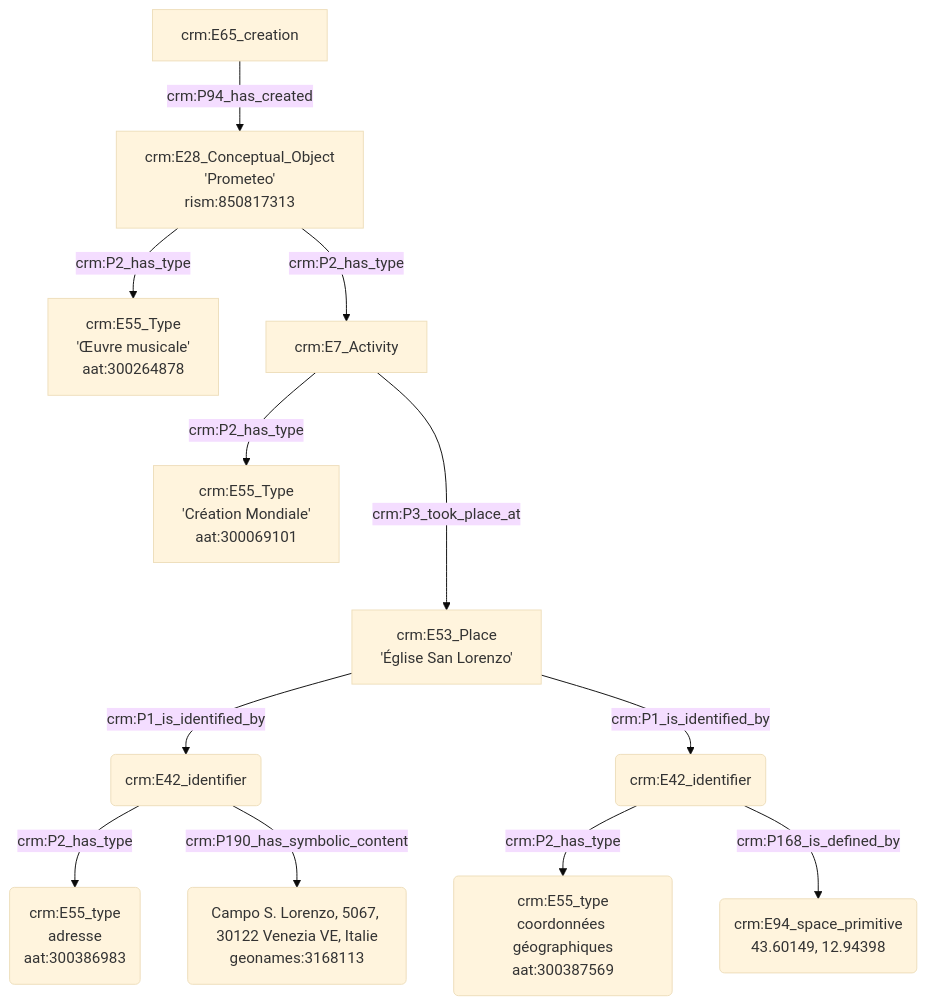
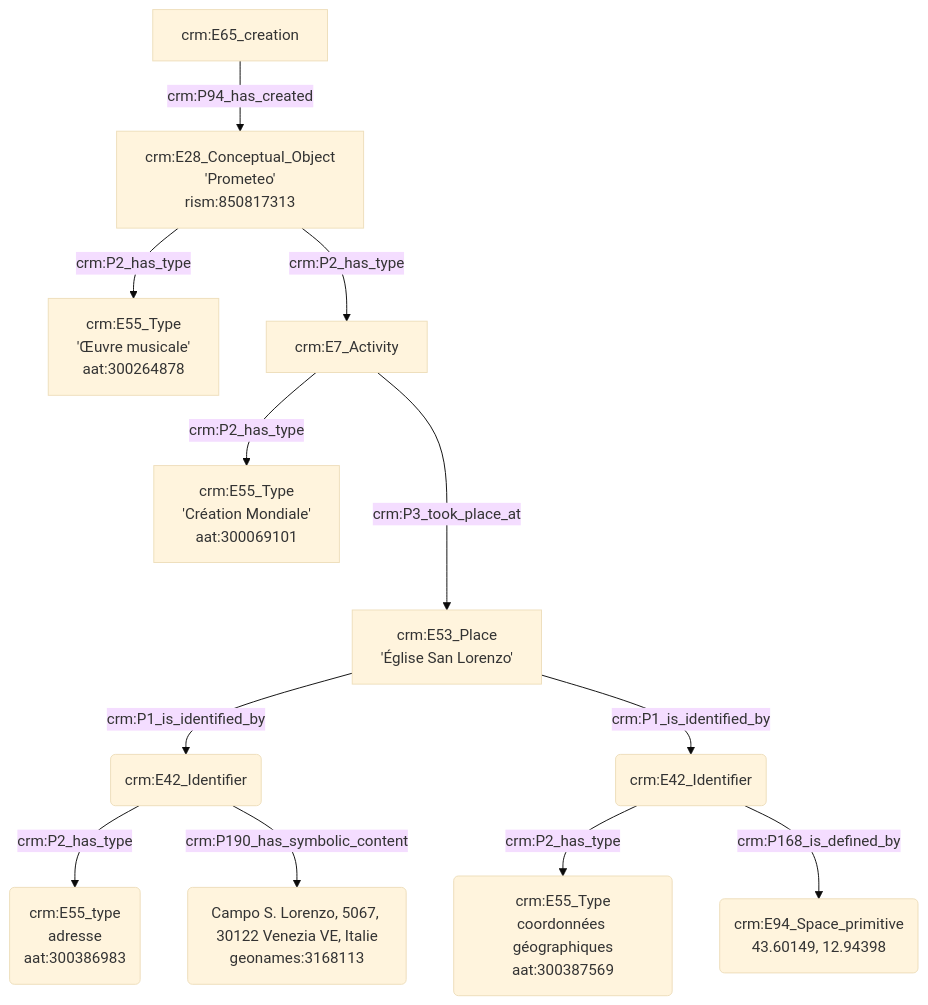
Before and after one commit to GusBraud/OntoMatchGameGus: the fourth of 5 diagrams in Exemple1.md, drawn with Mermaid (base theme). The commit also changed other lines of this file, not shown here.

````diff
--- a/Exemple1.md
+++ b/Exemple1.md
@@ -42,17 +40,17 @@
 ```mermaid
 graph TD;
 
 D[crm:E65_creation] --> |crm:P94_has_created| E[crm:E28_Conceptual_Object<br>'Prometeo'<br>rism:850817313]
 E[crm:E28_Conceptual_Object<br>'Prometeo'<br>rism:850817313] --> |crm:P2_has_type| F[crm:E55_Type<br>'Œuvre musicale'<br>aat:300264878]
 E[crm:E28_Conceptual_Object<br>'Prometeo'<br>rism:850817313] --> |crm:P2_has_type| G[crm:E7_Activity]
 G[crm:E7_Activity] --> |crm:P2_has_type| H[crm:E55_Type<br>'Création Mondiale'<br>aat:300069101]
 G[crm:E7_Activity] ---> |crm:P3_took_place_at| I[crm:E53_Place<br>'Église San Lorenzo']
-I[crm:E53_Place<br>'Église San Lorenzo'] -->|crm:P1_is_identified_by| J(crm:E42_identifier)
-J(crm:E42_identifier) --> |crm:P2_has_type| K(crm:E55_type<br>adresse<br>aat:300386983)
-J(crm:E42_identifier) --> |crm:P190_has_symbolic_content| L(Campo S. Lorenzo, 5067, 30122 Venezia VE, Italie<br>geonames:3168113)
-I[crm:E53_Place<br>'Église San Lorenzo'] --> |crm:P1_is_identified_by| M(crm:E42_identifier)
-M(crm:E42_identifier) --> |crm:P2_has_type| N(crm:E55_type<br>coordonnées géographiques<br>aat:300387569)
-M(crm:E42_identifier) --> |crm:P168_is_defined_by| O(crm:E94_space_primitive<br>43.60149, 12.94398)
+I[crm:E53_Place<br>'Église San Lorenzo'] -->|crm:P1_is_identified_by| J(crm:E42_Identifier)
+J(crm:E42_Identifier) --> |crm:P2_has_type| K(crm:E55_type<br>adresse<br>aat:300386983)
+J(crm:E42_Identifier) --> |crm:P190_has_symbolic_content| L(Campo S. Lorenzo, 5067, 30122 Venezia VE, Italie<br>geonames:3168113)
+I[crm:E53_Place<br>'Église San Lorenzo'] --> |crm:P1_is_identified_by| M(crm:E42_Identifier)
+M(crm:E42_Identifier) --> |crm:P2_has_type| N(crm:E55_Type<br>coordonnées géographiques<br>aat:300387569)
+M(crm:E42_Identifier) --> |crm:P168_is_defined_by| O(crm:E94_Space_primitive<br>43.60149, 12.94398)
 
 
 ```
````
